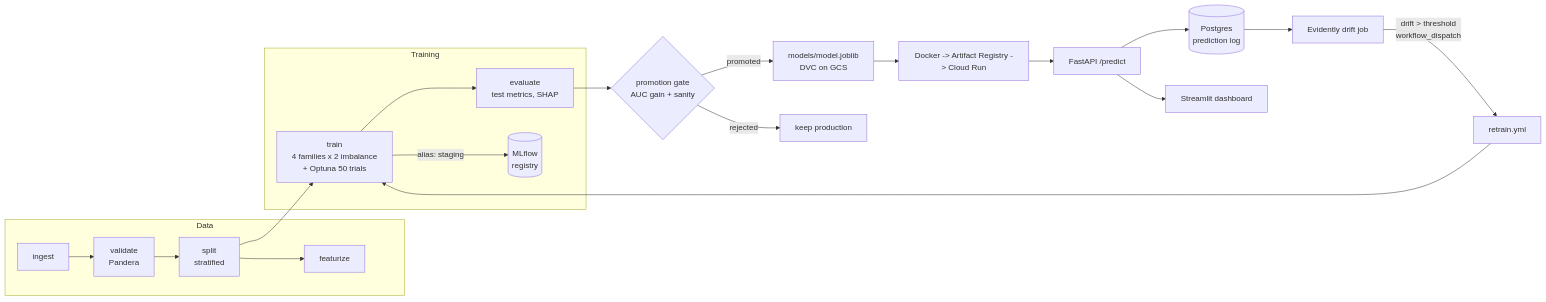
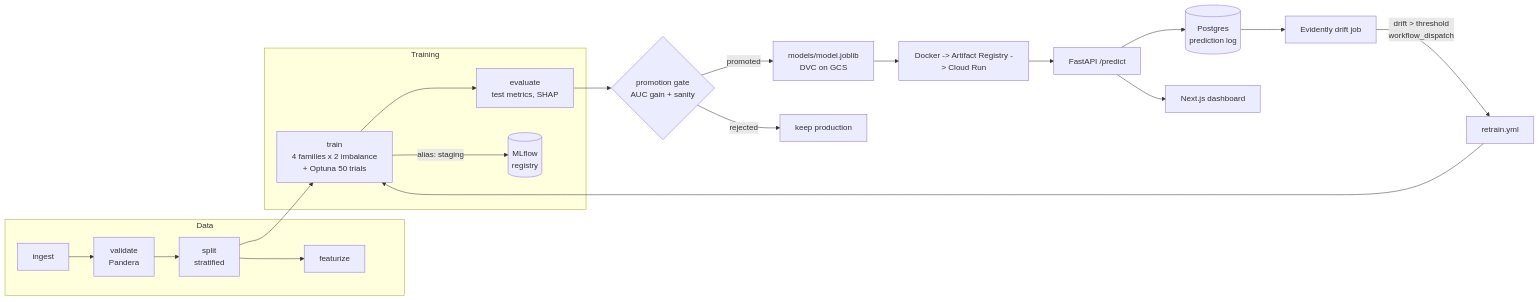
One commit to ashmitg05/churnops changed the diagram in README.md. Above: the diagram before and after it, drawn with Mermaid. The commit also changed other lines of this file and 33 other files, not shown here.

First line of the commit message:
feat: Next.js dashboard (predict/model/monitoring) + /reports and /monitoring/stats API

````diff
--- a/README.md
+++ b/README.md
@@ -14,19 +14,19 @@
 ```mermaid
 flowchart LR
     subgraph Data
         A[ingest] --> B[validate<br/>Pandera] --> C[split<br/>stratified] --> D[featurize]
     end
     subgraph Training
         C --> E[train<br/>4 families x 2 imbalance<br/>+ Optuna 50 trials] --> F[evaluate<br/>test metrics, SHAP]
         E -->|alias: staging| R[(MLflow<br/>registry)]
     end
     F --> G{promotion gate<br/>AUC gain + sanity}
     G -->|promoted| H[models/model.joblib<br/>DVC on GCS]
     G -->|rejected| X[keep production]
     H --> I[Docker -> Artifact Registry -> Cloud Run]
     I --> J[FastAPI /predict] --> K[(Postgres<br/>prediction log)]
     K --> L[Evidently drift job]
     L -->|drift > threshold<br/>workflow_dispatch| M[retrain.yml]
     M --> E
-    J --> N[Streamlit dashboard]
+    J --> N[Next.js dashboard]
 ```
````
